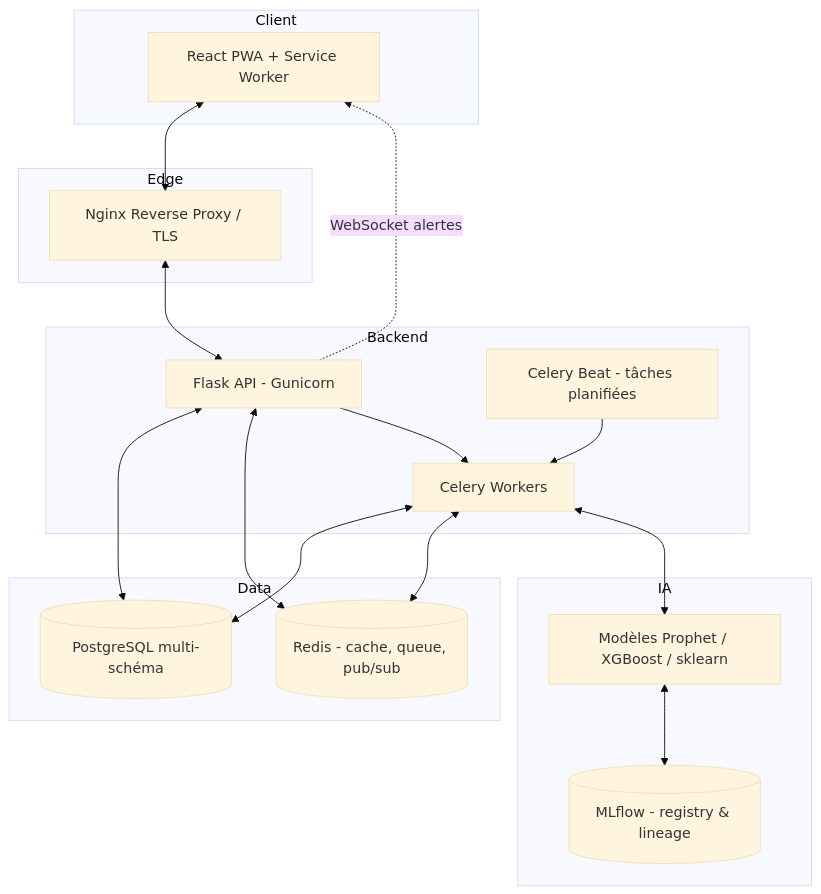
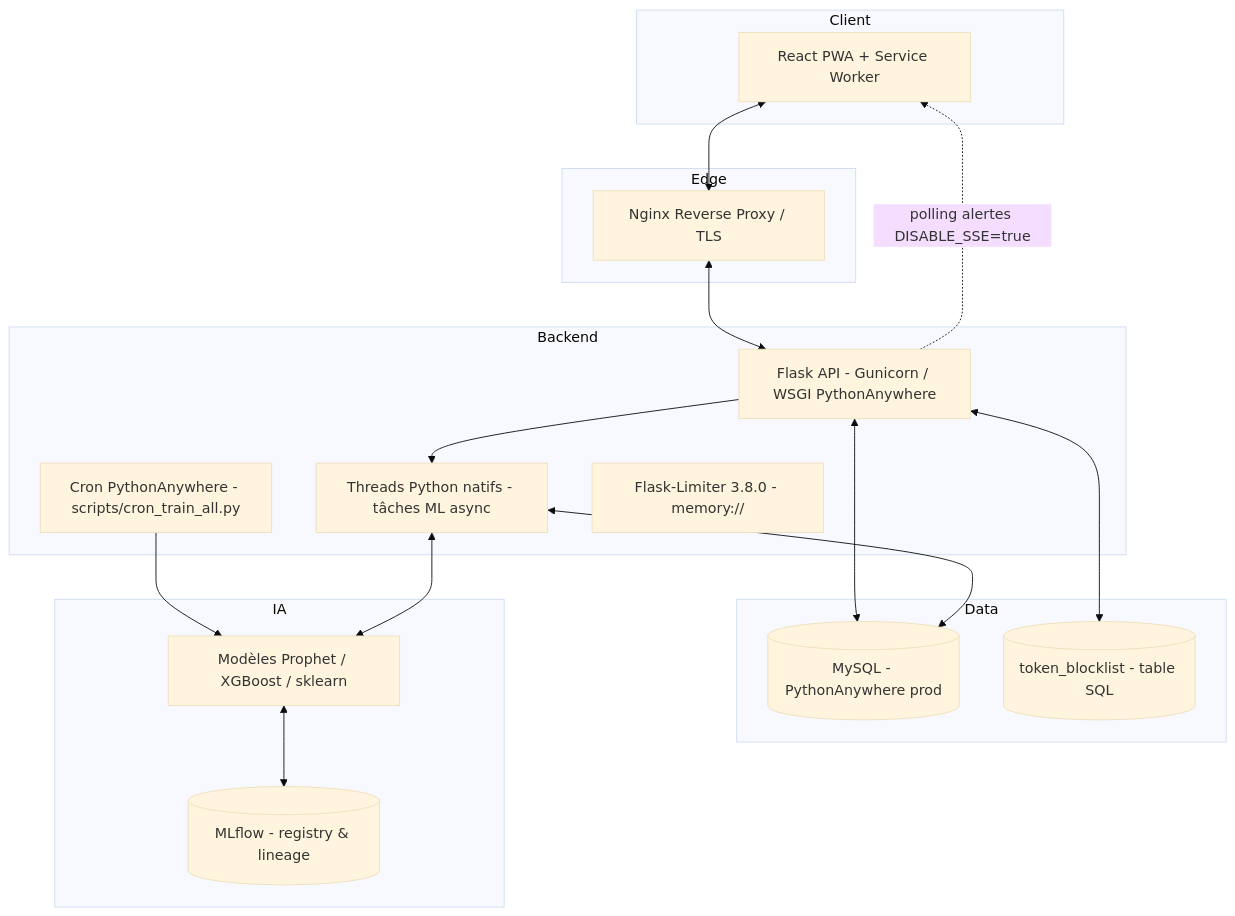
One commit to MannuPy/Gec_com changed the eighth of 8 diagrams in docs/07-DIAGRAMMES-UML.md. Above: the diagram before and after it, drawn with Mermaid (base theme). The commit also changed other lines of this file and 88 other files, not shown here.

````diff
--- a/docs/07-DIAGRAMMES-UML.md
+++ b/docs/07-DIAGRAMMES-UML.md
@@ -396,34 +400,34 @@
 ```mermaid
 flowchart TB
     subgraph Client
         PWA[React PWA + Service Worker]
     end
     subgraph Edge
         NGINX[Nginx Reverse Proxy / TLS]
     end
     subgraph Backend
-        API[Flask API - Gunicorn]
-        WORKER[Celery Workers]
-        SCHED[Celery Beat - tâches planifiées]
+        API[Flask API - Gunicorn / WSGI PythonAnywhere]
+        THREADS[Threads Python natifs - tâches ML async]
+        CRON[Cron PythonAnywhere - scripts/cron_train_all.py]
+        LIMITER[Flask-Limiter 3.8.0 - memory://]
     end
     subgraph Data
-        PG[(PostgreSQL multi-schéma)]
-        REDIS[(Redis - cache, queue, pub/sub)]
+        DB[(MySQL - PythonAnywhere prod)]
+        BLOCKLIST[(token_blocklist - table SQL)]
     end
     subgraph IA
         ML[Modèles Prophet / XGBoost / sklearn]
         MLFLOW[(MLflow - registry & lineage)]
     end
 
     PWA <--> NGINX
     NGINX <--> API
-    API <--> PG
-    API <--> REDIS
-    API --> WORKER
-    SCHED --> WORKER
-    WORKER <--> PG
-    WORKER <--> REDIS
-    WORKER <--> ML
+    API <--> DB
+    API <--> BLOCKLIST
+    API --> THREADS
+    CRON --> ML
+    THREADS <--> DB
+    THREADS <--> ML
     ML <--> MLFLOW
-    API -.WebSocket alertes.-> PWA
+    API -.polling alertes DISABLE_SSE=true.-> PWA
 ```
````
